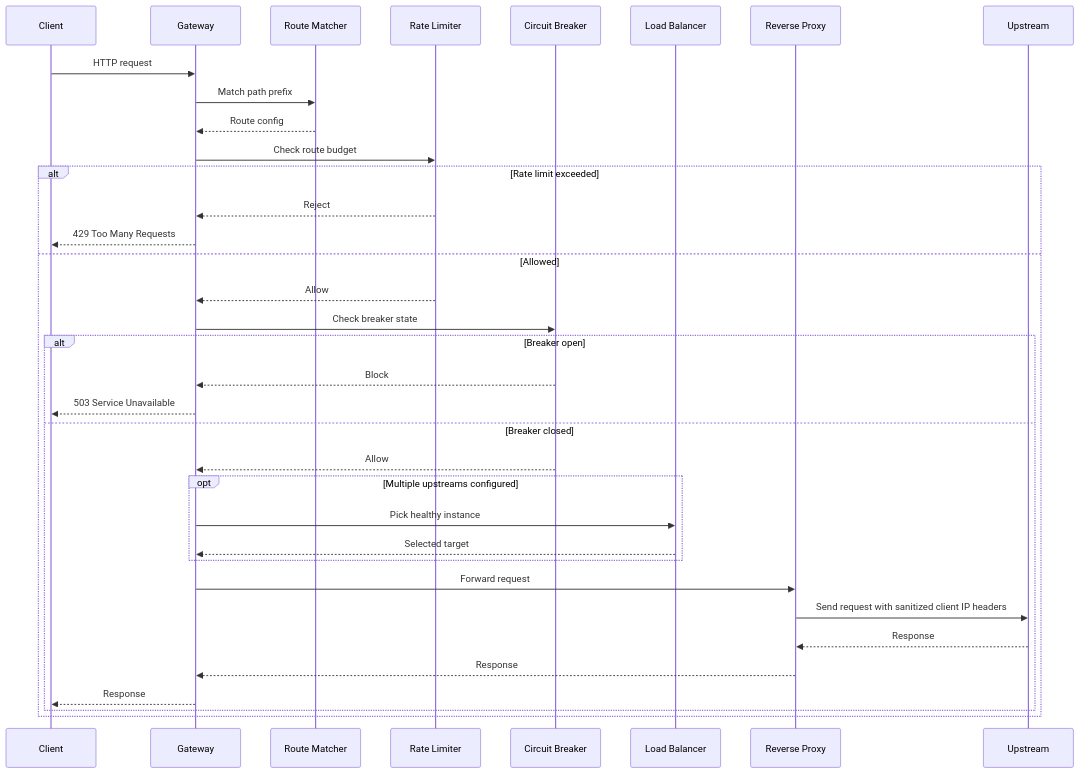
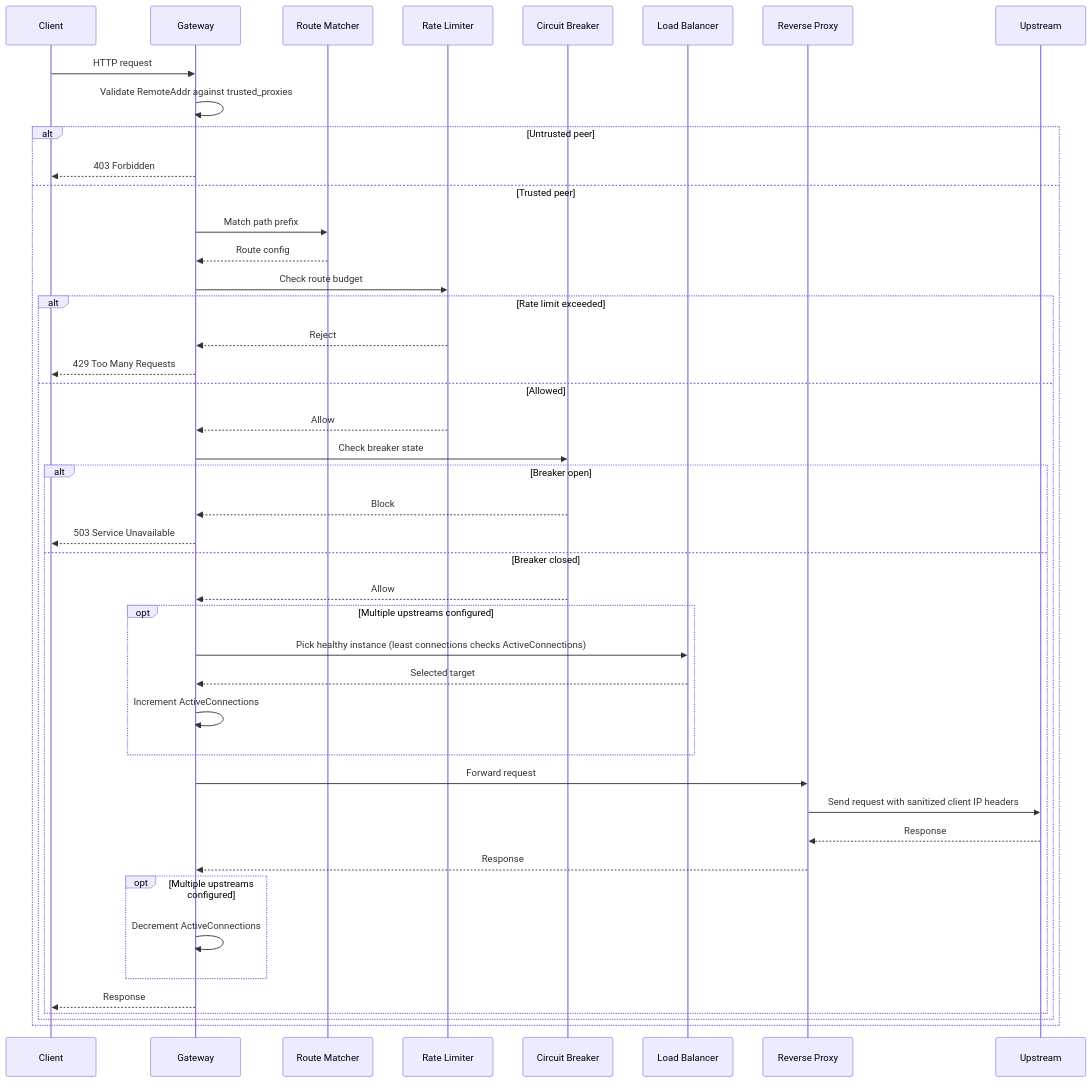
Before and after one commit to jhanvi857/Vexor: the second of 2 diagrams in README.md, drawn with Mermaid. The commit also changed other lines of this file, not shown here.

````diff
--- a/README.md
+++ b/README.md
@@ -39,38 +42,47 @@
 ```mermaid
 sequenceDiagram
     participant Client
     participant Gateway
     participant Route as Route Matcher
     participant Limit as Rate Limiter
     participant Breaker as Circuit Breaker
     participant Balance as Load Balancer
     participant Proxy as Reverse Proxy
     participant Upstream
 
     Client->>Gateway: HTTP request
-    Gateway->>Route: Match path prefix
-    Route-->>Gateway: Route config
-    Gateway->>Limit: Check route budget
-    alt Rate limit exceeded
-        Limit-->>Gateway: Reject
-        Gateway-->>Client: 429 Too Many Requests
-    else Allowed
-        Limit-->>Gateway: Allow
-        Gateway->>Breaker: Check breaker state
-        alt Breaker open
-            Breaker-->>Gateway: Block
-            Gateway-->>Client: 503 Service Unavailable
-        else Breaker closed
-            Breaker-->>Gateway: Allow
-            opt Multiple upstreams configured
-                Gateway->>Balance: Pick healthy instance
-                Balance-->>Gateway: Selected target
+    Gateway->>Gateway: Validate RemoteAddr against trusted_proxies
+    alt Untrusted peer
+        Gateway-->>Client: 403 Forbidden
+    else Trusted peer
+        Gateway->>Route: Match path prefix
+        Route-->>Gateway: Route config
+        Gateway->>Limit: Check route budget
+        alt Rate limit exceeded
+            Limit-->>Gateway: Reject
+            Gateway-->>Client: 429 Too Many Requests
+        else Allowed
+            Limit-->>Gateway: Allow
+            Gateway->>Breaker: Check breaker state
+            alt Breaker open
+                Breaker-->>Gateway: Block
+                Gateway-->>Client: 503 Service Unavailable
+            else Breaker closed
+                Breaker-->>Gateway: Allow
+                opt Multiple upstreams configured
+                    Gateway->>Balance: Pick healthy instance (least connections checks ActiveConnections)
+                    Balance-->>Gateway: Selected target
+                    Gateway->>Gateway: Increment ActiveConnections
+                end
+                Gateway->>Proxy: Forward request
+                Proxy->>Upstream: Send request with sanitized client IP headers
+                Upstream-->>Proxy: Response
+                Proxy-->>Gateway: Response
+                opt Multiple upstreams configured
+                    Gateway->>Gateway: Decrement ActiveConnections
+                end
+                Gateway-->>Client: Response
             end
-            Gateway->>Proxy: Forward request
-            Proxy->>Upstream: Send request with sanitized client IP headers
-            Upstream-->>Proxy: Response
-            Proxy-->>Gateway: Response
-            Gateway-->>Client: Response
         end
     end
 ```
````
